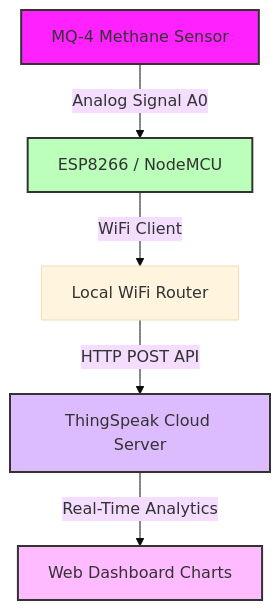
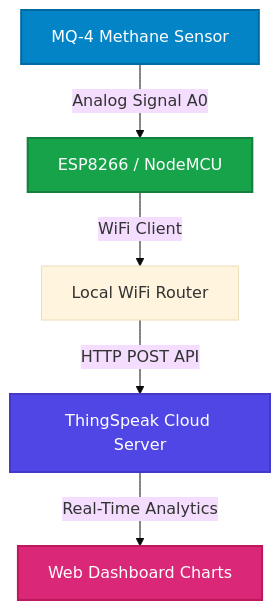
The diagram in README.md (YuvarajUjwal/Methane_Monitoring_System), drawn with Mermaid (base theme) before and after one commit.

````diff
--- a/README.md
+++ b/README.md
@@ -22,12 +22,12 @@
 ```mermaid
 graph TD
     A[MQ-4 Methane Sensor] -->|Analog Signal A0| B[ESP8266 / NodeMCU]
     B -->|WiFi Client| F[Local WiFi Router]
     F -->|HTTP POST API| G[ThingSpeak Cloud Server]
     G -->|Real-Time Analytics| H[Web Dashboard Charts]
 
-    style A fill:#f2f,stroke:#333,stroke-width:2px
-    style B fill:#bfb,stroke:#333,stroke-width:2px
-    style G fill:#dbf,stroke:#333,stroke-width:2px
-    style H fill:#fbf,stroke:#333,stroke-width:2px
+    style A fill:#0284c7,stroke:#0369a1,stroke-width:2px,color:#fff
+    style B fill:#16a34a,stroke:#15803d,stroke-width:2px,color:#fff
+    style G fill:#4f46e5,stroke:#4338ca,stroke-width:2px,color:#fff
+    style H fill:#db2777,stroke:#be185d,stroke-width:2px,color:#fff
 ```
````
